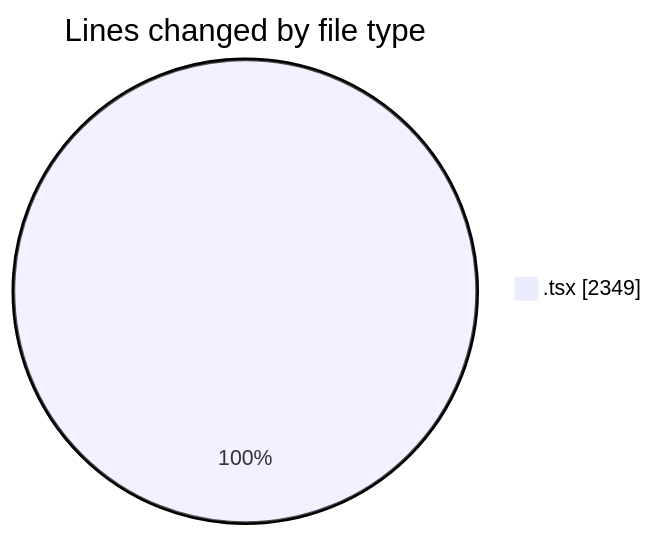
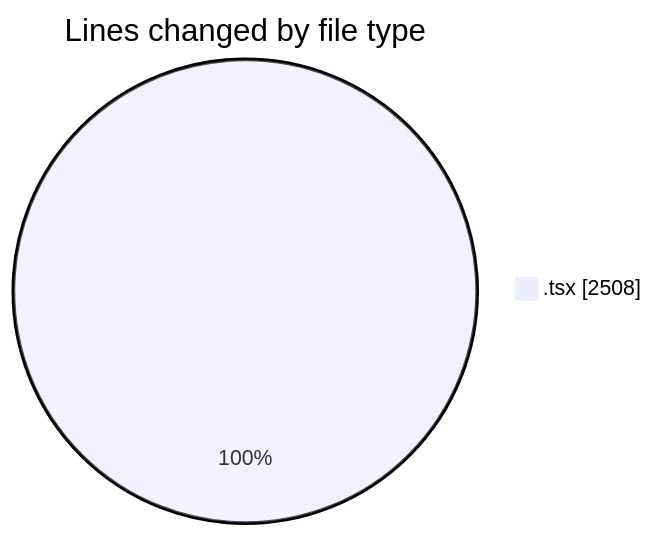
The first of 2 diagrams in 2026-06-15/nxtqube_webapp/README.md (nxtqubesakshisongat/code-tracking), drawn with Mermaid before and after one commit. The commit also changed other lines of this file and 1 other file, not shown here.

````diff
--- a/2026-06-15/nxtqube_webapp/README.md
+++ b/2026-06-15/nxtqube_webapp/README.md
@@ -22,5 +22,5 @@
 ```mermaid
 pie showData
 title Lines changed by file type
-".tsx" : 2349
+".tsx" : 2508
 ```
````
